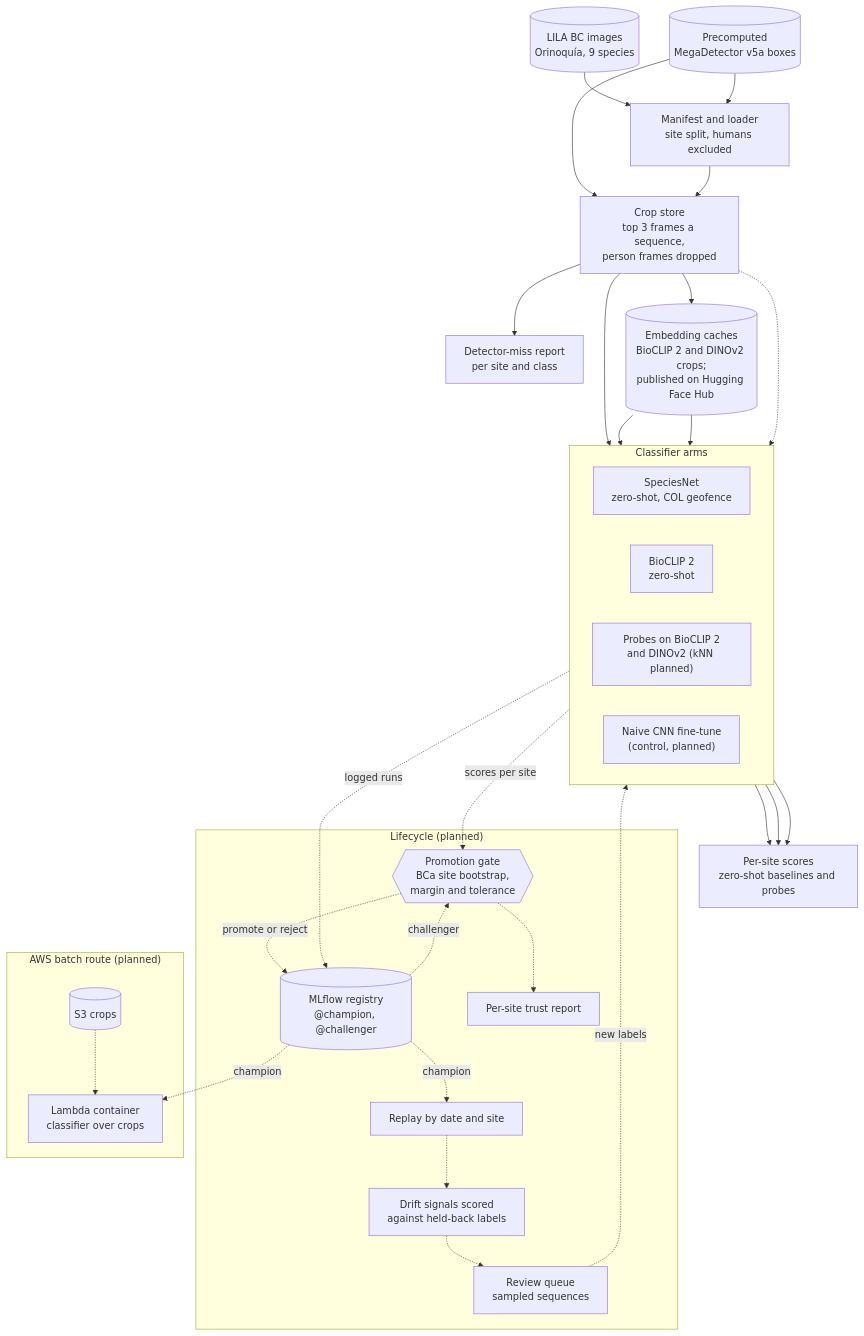
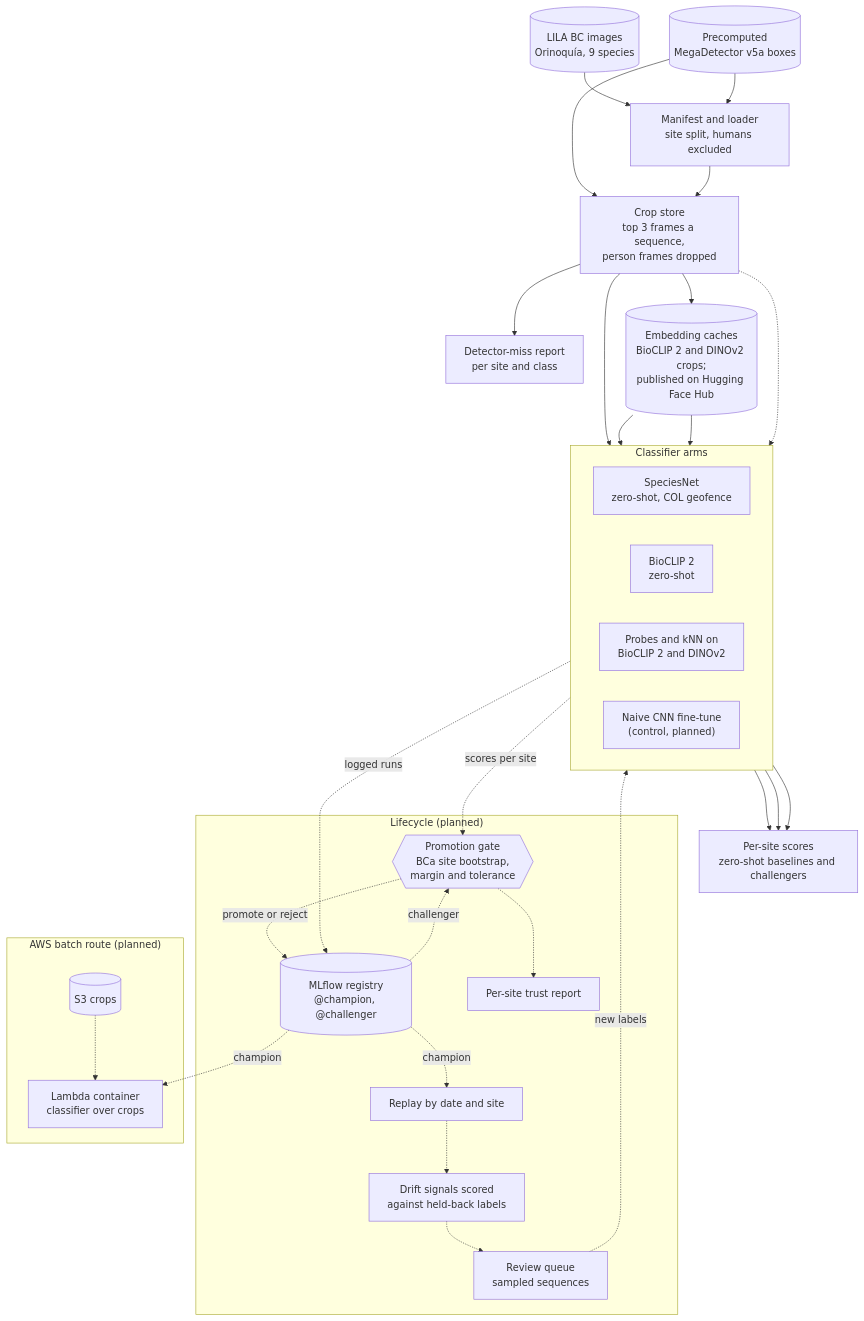
The diagram in README.md (benmacp123/camera-trap-mlops), drawn with Mermaid before and after one commit. The commit also changed other lines of this file and 12 other files, not shown here.

````diff
--- a/README.md
+++ b/README.md
@@ -132,50 +157,50 @@
 ```mermaid
 flowchart TB
     lila[("LILA BC images<br>Orinoquía, 9 species")] --> manifest["Manifest and loader<br>site split, humans excluded"]
     mdv5a[("Precomputed<br>MegaDetector v5a boxes")] --> manifest
     mdv5a --> crops["Crop store<br>top 3 frames a sequence,<br>person frames dropped"]
     manifest --> crops
     crops --> misses["Detector-miss report<br>per site and class"]
     crops --> embeddings[("Embedding caches<br>BioCLIP 2 and DINOv2 crops;<br>published on Hugging Face Hub")]
 
     subgraph arms ["Classifier arms"]
         direction LR
         speciesnet["SpeciesNet<br>zero-shot, COL geofence"]
         bioclip["BioCLIP 2<br>zero-shot"]
-        probe["Probes on BioCLIP 2<br>and DINOv2 (kNN planned)"]
+        probe["Probes and kNN on<br>BioCLIP 2 and DINOv2"]
         cnn["Naive CNN fine-tune<br>(control, planned)"]
     end
 
     crops --> speciesnet
     embeddings --> bioclip
     embeddings --> probe
     crops -.-> cnn
 
-    speciesnet --> baselines["Per-site scores<br>zero-shot baselines and probes"]
+    speciesnet --> baselines["Per-site scores<br>zero-shot baselines and challengers"]
     bioclip --> baselines
     probe --> baselines
 
     gate{{"Promotion gate<br>BCa site bootstrap,<br>margin and tolerance"}}
 
     subgraph lifecycle ["Lifecycle (planned)"]
         mlflow[("MLflow registry<br>@champion, @challenger")]
         report["Per-site trust report"]
         replay["Replay by date and site"]
         drift["Drift signals scored<br>against held-back labels"]
         review["Review queue<br>sampled sequences"]
         mlflow -. "challenger" .-> gate
         gate -. "promote or reject" .-> mlflow
         gate -.-> report
         mlflow -. "champion" .-> replay -.-> drift -.-> review
     end
 
     arms -. "scores per site" .-> gate
     arms -. "logged runs" .-> mlflow
     review -. "new labels" .-> arms
 
     subgraph aws ["AWS batch route (planned)"]
         s3[("S3 crops")] -.-> lambda["Lambda container<br>classifier over crops"]
     end
 
     mlflow -. "champion" .-> lambda
 ```
````
